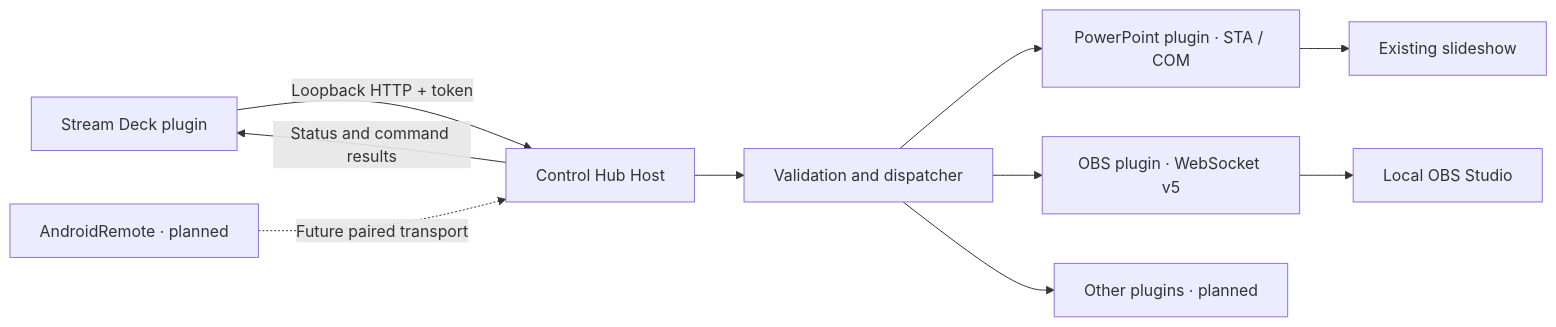
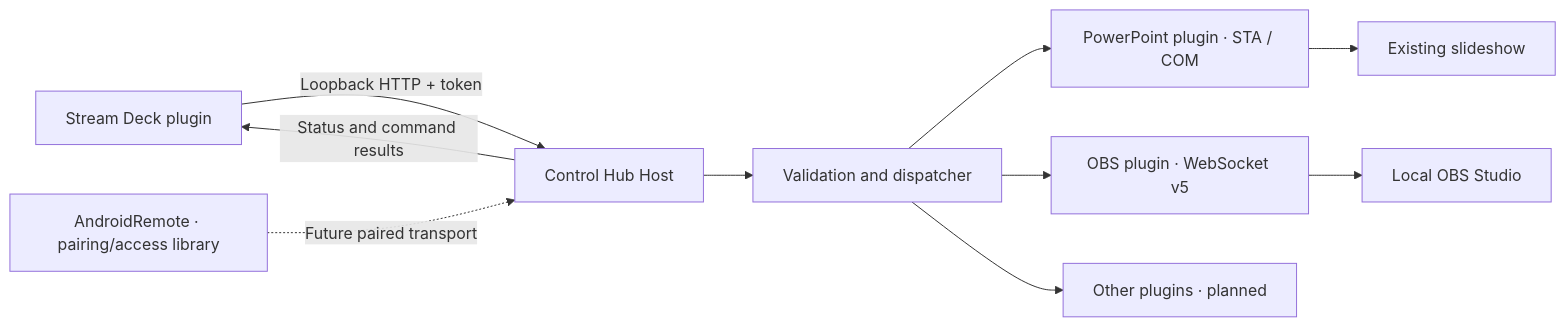
The diagram in docs/project.en.md (thebonden/Control_Hub), drawn with Mermaid before and after one commit. The commit also changed other lines of this file and 29 other files, not shown here.

Commit message:
Add AndroidRemote pairing and device authorization / Tilføj AndroidRemote-parring og enhedsadgang

````diff
--- a/docs/project.en.md
+++ b/docs/project.en.md
@@ -25,12 +25,12 @@
 ```mermaid
 flowchart LR
     SD["Stream Deck plugin"] -->|"Loopback HTTP + token"| H["Control Hub Host"]
-    AR["AndroidRemote · planned"] -.->|"Future paired transport"| H
+    AR["AndroidRemote · pairing/access library"] -.->|"Future paired transport"| H
     H --> C["Validation and dispatcher"]
     C --> P["PowerPoint plugin · STA / COM"]
     C --> O["OBS plugin · WebSocket v5"]
     C --> X["Other plugins · planned"]
     P --> PP["Existing slideshow"]
     O --> OBS["Local OBS Studio"]
     H -->|"Status and command results"| SD
 ```
````
